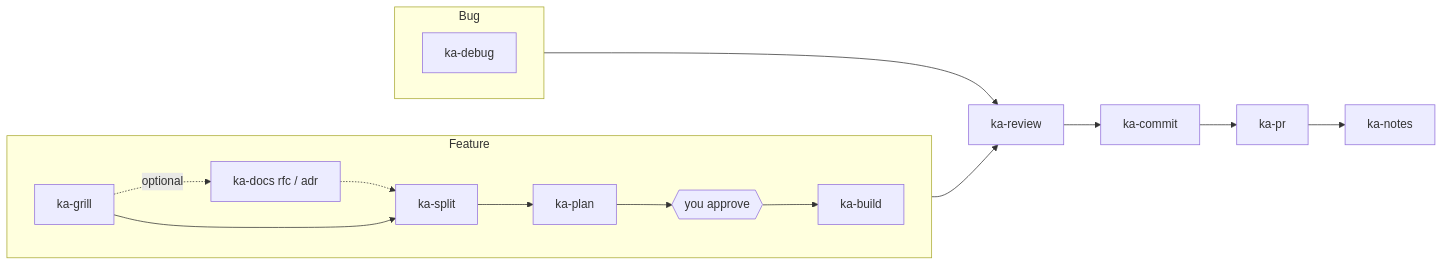
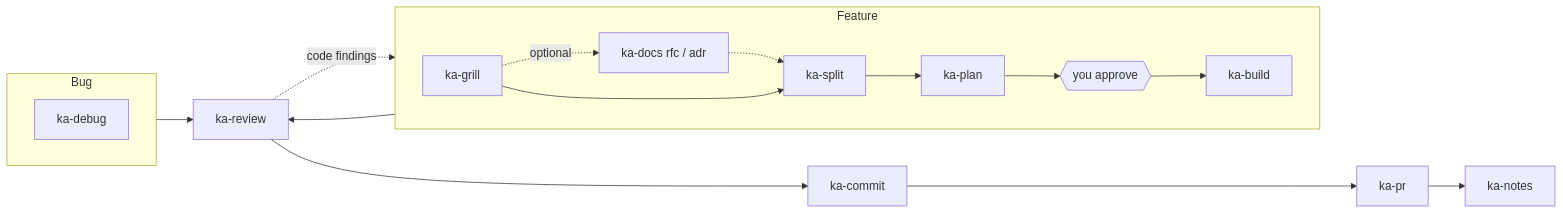
Before and after one commit to NowackiKuba/kansoo: the diagram in README.md, drawn with Mermaid. The commit also changed other lines of this file and 2 other files, not shown here.

First line of the commit message:
feat: route ka-review code findings to ka-build

````diff
--- a/README.md
+++ b/README.md
@@ -35,15 +35,16 @@
 ```mermaid
 flowchart LR
   subgraph Feature
     direction LR
     grill[ka-grill] -. optional .-> docs[ka-docs rfc / adr] -.-> split
     grill --> split[ka-split] --> plan[ka-plan] --> approve{{you approve}} --> build[ka-build]
   end
   subgraph Bug
     direction LR
     debug[ka-debug]
   end
   build --> review[ka-review]
   debug --> review
+  review -. code findings .-> build
   review --> commit[ka-commit] --> pr[ka-pr] --> notes[ka-notes]
 ```
````
